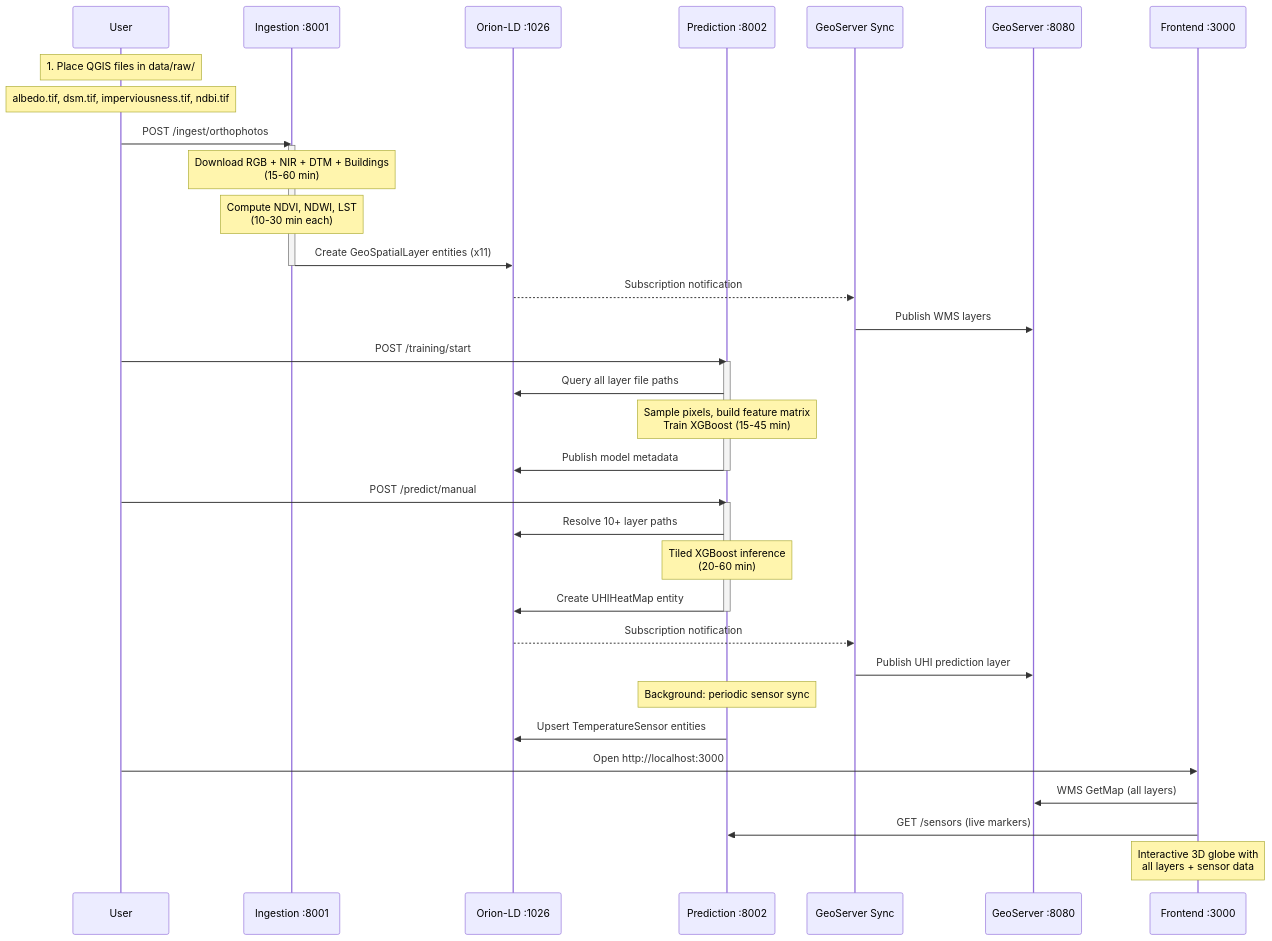
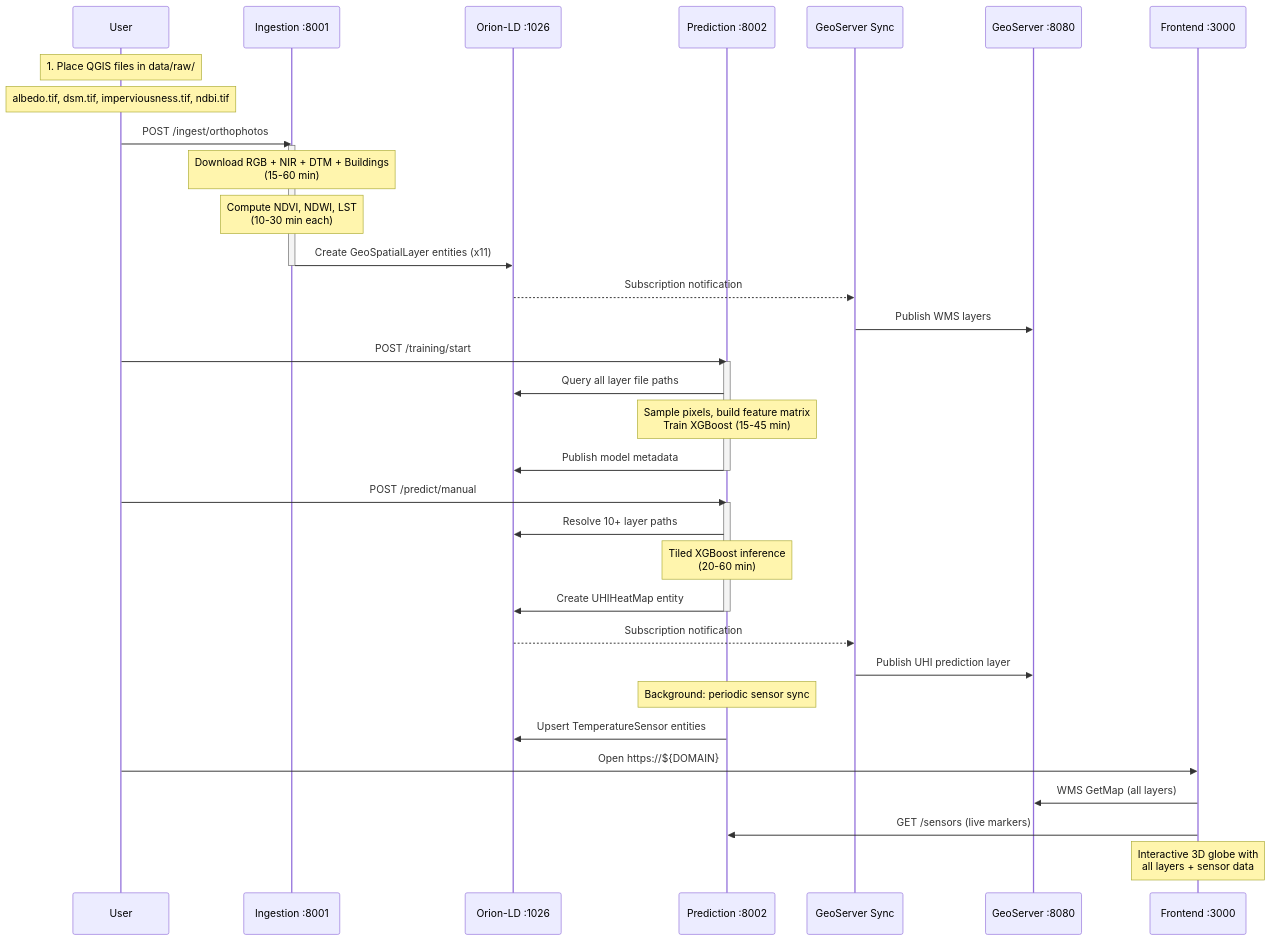
One commit to TsukaOne/uhi-fiware-poc changed the fourth of 4 diagrams in README.md. Above: the diagram before and after it, drawn with Mermaid. The commit also changed other lines of this file and 20 other files, not shown here.

````diff
--- a/README.md
+++ b/README.md
@@ -355,48 +385,48 @@
 ```mermaid
 sequenceDiagram
     participant U as User
     participant ING as Ingestion :8001
     participant ORION as Orion-LD :1026
     participant PRED as Prediction :8002
     participant SYNC as GeoServer Sync
     participant GS as GeoServer :8080
     participant FE as Frontend :3000
 
     Note over U: 1. Place QGIS files in data/raw/
     Note over U: albedo.tif, dsm.tif, imperviousness.tif, ndbi.tif
 
     U->>ING: POST /ingest/orthophotos
     activate ING
     Note over ING: Download RGB + NIR + DTM + Buildings<br/>(15-60 min)
     Note over ING: Compute NDVI, NDWI, LST<br/>(10-30 min each)
     ING->>ORION: Create GeoSpatialLayer entities (x11)
     deactivate ING
 
     ORION-->>SYNC: Subscription notification
     SYNC->>GS: Publish WMS layers
 
     U->>PRED: POST /training/start
     activate PRED
     PRED->>ORION: Query all layer file paths
     Note over PRED: Sample pixels, build feature matrix<br/>Train XGBoost (15-45 min)
     PRED->>ORION: Publish model metadata
     deactivate PRED
 
     U->>PRED: POST /predict/manual
     activate PRED
     PRED->>ORION: Resolve 10+ layer paths
     Note over PRED: Tiled XGBoost inference<br/>(20-60 min)
     PRED->>ORION: Create UHIHeatMap entity
     deactivate PRED
 
     ORION-->>SYNC: Subscription notification
     SYNC->>GS: Publish UHI prediction layer
 
     Note over PRED: Background: periodic sensor sync
     PRED->>ORION: Upsert TemperatureSensor entities
 
-    U->>FE: Open http://localhost:3000
+    U->>FE: Open https://${DOMAIN}
     FE->>GS: WMS GetMap (all layers)
     FE->>PRED: GET /sensors (live markers)
     Note over FE: Interactive 3D globe with<br/>all layers + sensor data
 ```
````
